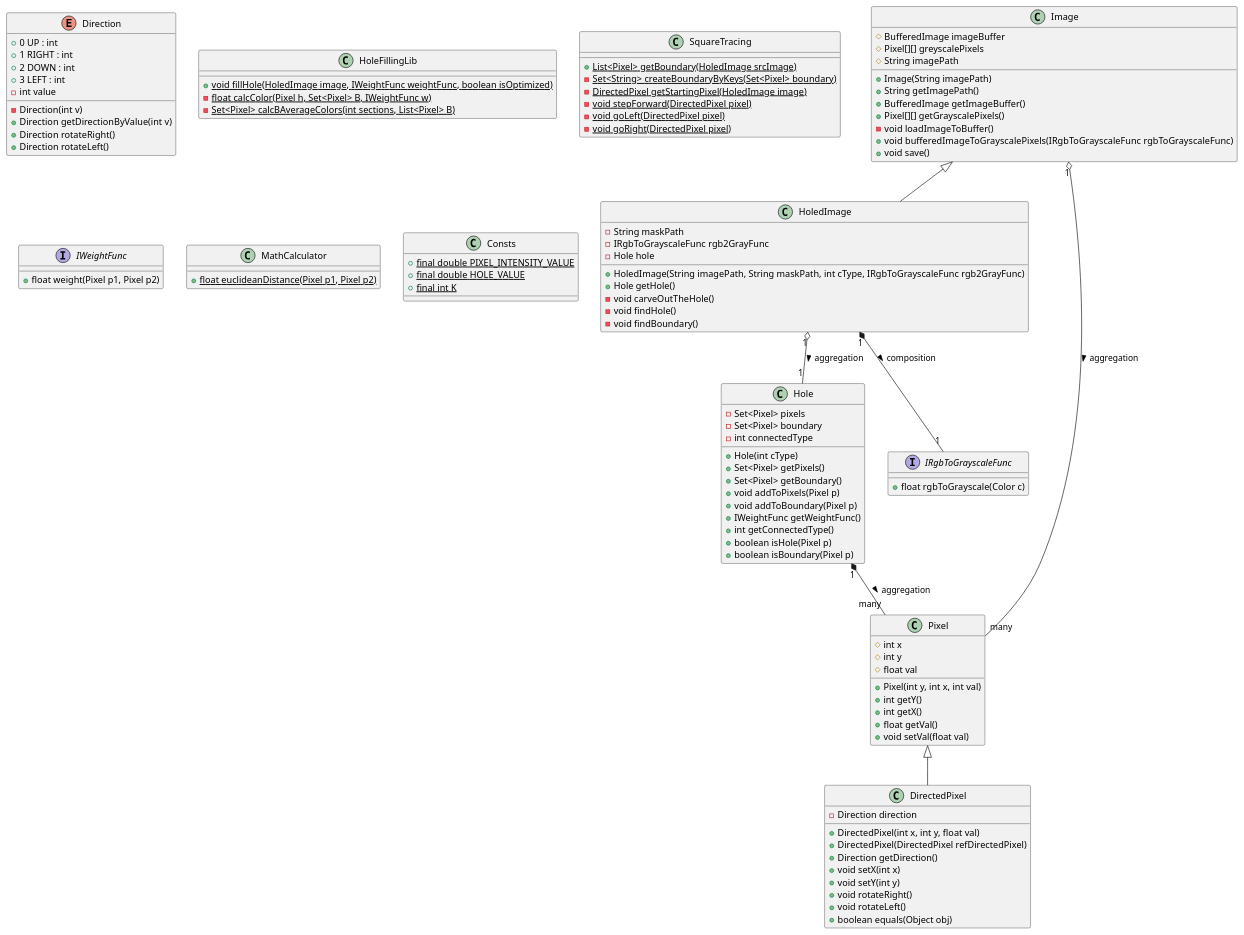
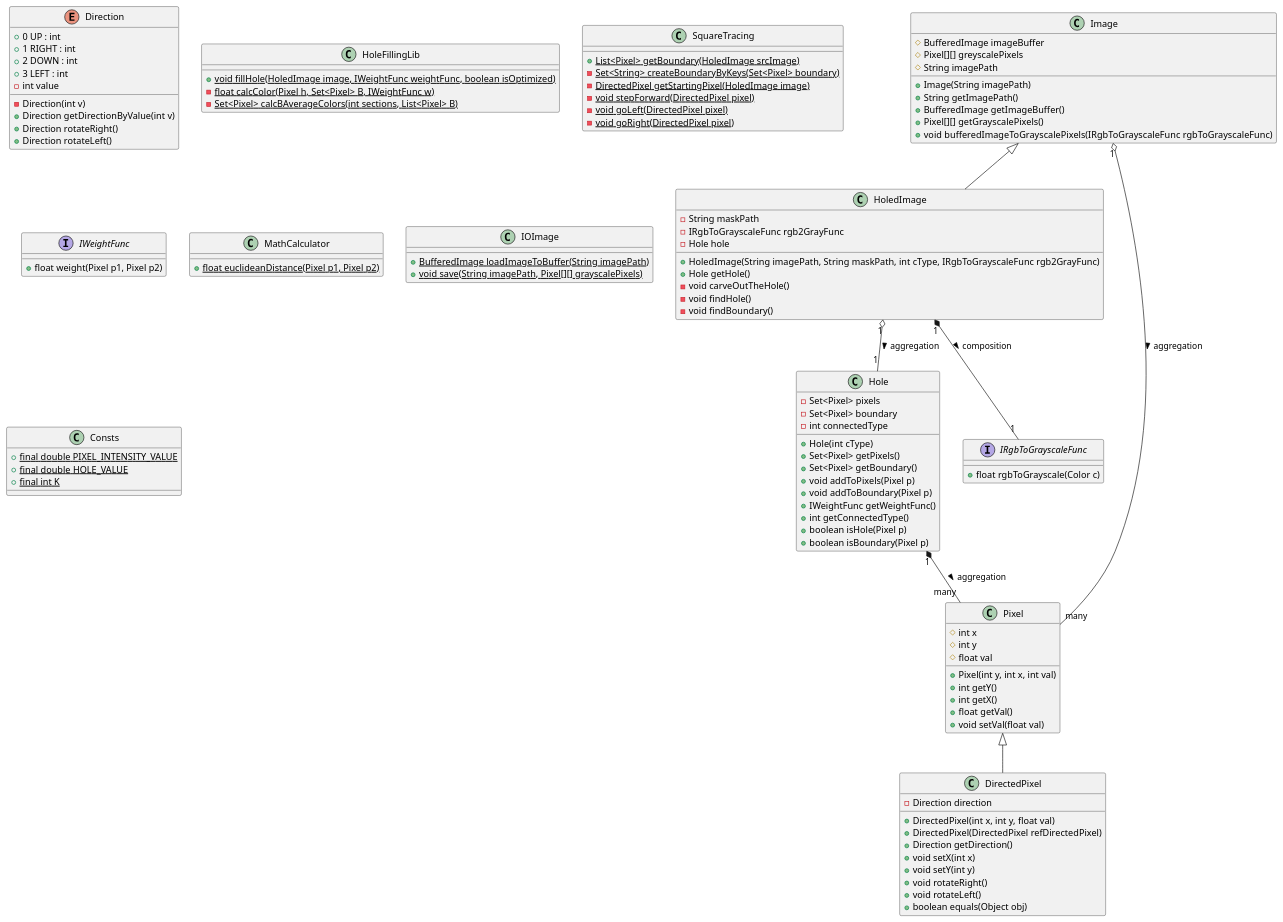
One commit to avielas/HoleFilling changed the diagram in OOD.puml. Above: the diagram before and after it, drawn with PlantUML. The commit also changed 4 other files, not shown here.

```diff
--- a/OOD.puml
+++ b/OOD.puml
@@ -1,120 +1,123 @@
 @startuml
 'https://plantuml.com/class-diagram
 
 class Image{
     # BufferedImage imageBuffer
     # Pixel[][] greyscalePixels
     # String imagePath
     + Image(String imagePath)
     + String getImagePath()
     + BufferedImage getImageBuffer()
     + Pixel[][] getGrayscalePixels()
-    - void loadImageToBuffer()
     + void bufferedImageToGrayscalePixels(IRgbToGrayscaleFunc rgbToGrayscaleFunc)
-    + void save()
 }
 
 class HoledImage extends Image{
     - String maskPath
     - IRgbToGrayscaleFunc rgb2GrayFunc
     - Hole hole
     + HoledImage(String imagePath, String maskPath, int cType, IRgbToGrayscaleFunc rgb2GrayFunc)
     + Hole getHole()
     - void carveOutTheHole()
     - void findHole()
     - void findBoundary()
 }
 
 class Hole{
     - Set<Pixel> pixels
     - Set<Pixel> boundary
     - int connectedType
     + Hole(int cType)
     + Set<Pixel> getPixels()
     + Set<Pixel> getBoundary()
     + void addToPixels(Pixel p)
     + void addToBoundary(Pixel p)
     + IWeightFunc getWeightFunc()
     + int getConnectedType()
     + boolean isHole(Pixel p)
     + boolean isBoundary(Pixel p)
 }
 
 class Pixel{
     # int x
     # int y
     # float val
     + Pixel(int y, int x, int val)
     + int getY()
     + int getX()
     + float getVal()
     + void setVal(float val)
 }
 
 class DirectedPixel extends Pixel{
     - Direction direction
     + DirectedPixel(int x, int y, float val)
     + DirectedPixel(DirectedPixel refDirectedPixel)
     + Direction getDirection()
     + void setX(int x)
     + void setY(int y)
     + void rotateRight()
     + void rotateLeft()
     + boolean equals(Object obj)
 }
 
 enum Direction{
     + 0 UP : int
     + 1 RIGHT : int
     + 2 DOWN : int
     + 3 LEFT : int
     - Direction(int v)
     - int value
     + Direction getDirectionByValue(int v)
     + Direction rotateRight()
     + Direction rotateLeft()
 }
 
 class HoleFillingLib{
     + {static} void fillHole(HoledImage image, IWeightFunc weightFunc, boolean isOptimized)
     - {static} float calcColor(Pixel h, Set<Pixel> B, IWeightFunc w)
     - {static} Set<Pixel> calcBAverageColors(int sections, List<Pixel> B)
 }
 
 class SquareTracing{
     + {static} List<Pixel> getBoundary(HoledImage srcImage)
     - {static} Set<String> createBoundaryByKeys(Set<Pixel> boundary)
     - {static} DirectedPixel getStartingPixel(HoledImage image)
     - {static} void stepForward(DirectedPixel pixel)
     - {static} void goLeft(DirectedPixel pixel)
     - {static} void goRight(DirectedPixel pixel)
 }
 
 interface IWeightFunc{
     + float weight(Pixel p1, Pixel p2)
 }
 
 interface IRgbToGrayscaleFunc{
     + float rgbToGrayscale(Color c)
 }
 
 class MathCalculator{
     + {static} float euclideanDistance(Pixel p1, Pixel p2)
 }
 
+class IOImage{
+    + {static} BufferedImage loadImageToBuffer(String imagePath)
+    + {static} void save(String imagePath, Pixel[][] grayscalePixels)
+}
+
 class Consts{
     + {static} final double PIXEL_INTENSITY_VALUE
     + {static} final double HOLE_VALUE
     + {static} final int K
 }
 
 'Aggregation
 Image "1" o-- "many" Pixel : aggregation >
 HoledImage "1" o-- "1" Hole : aggregation >
 
 
 'Composition
 HoledImage "1" *-- "1" IRgbToGrayscaleFunc : composition >
 Hole "1" *-- "many" Pixel : aggregation >
 
 @enduml
```
